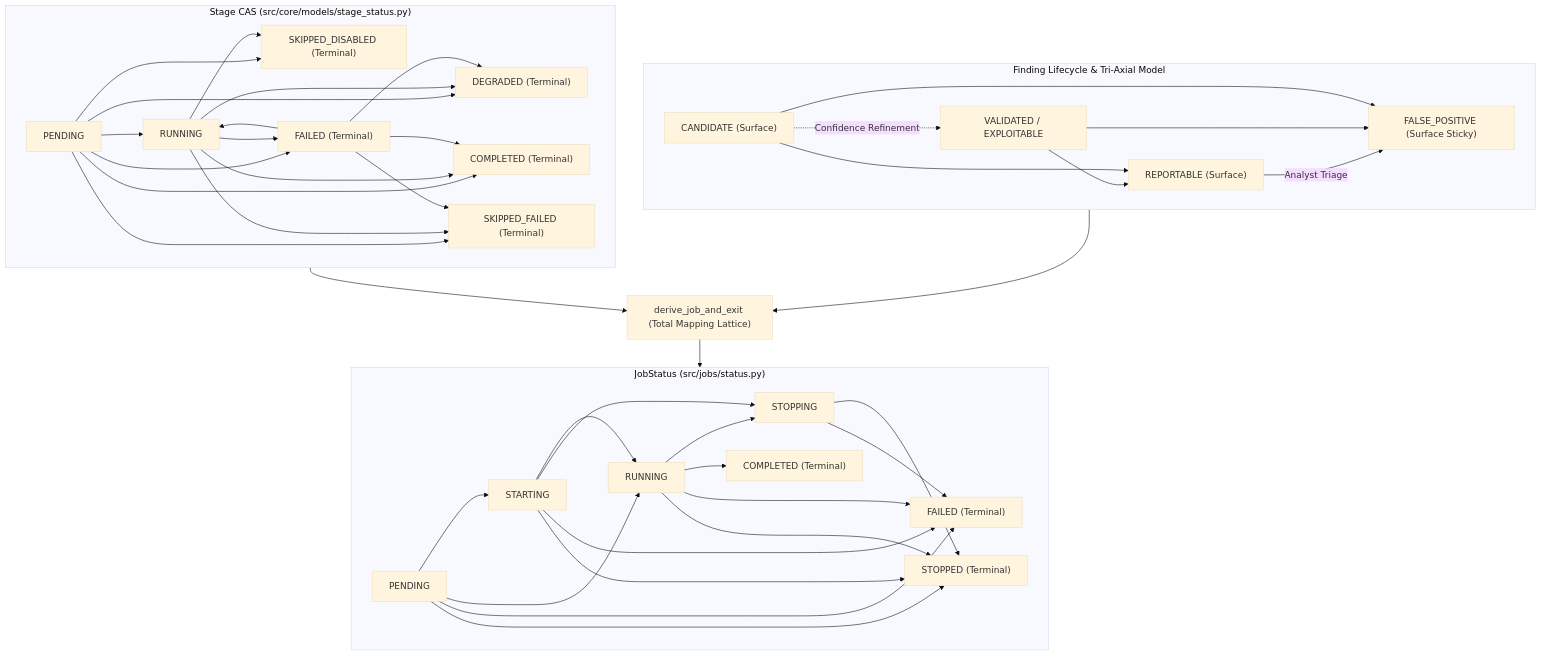
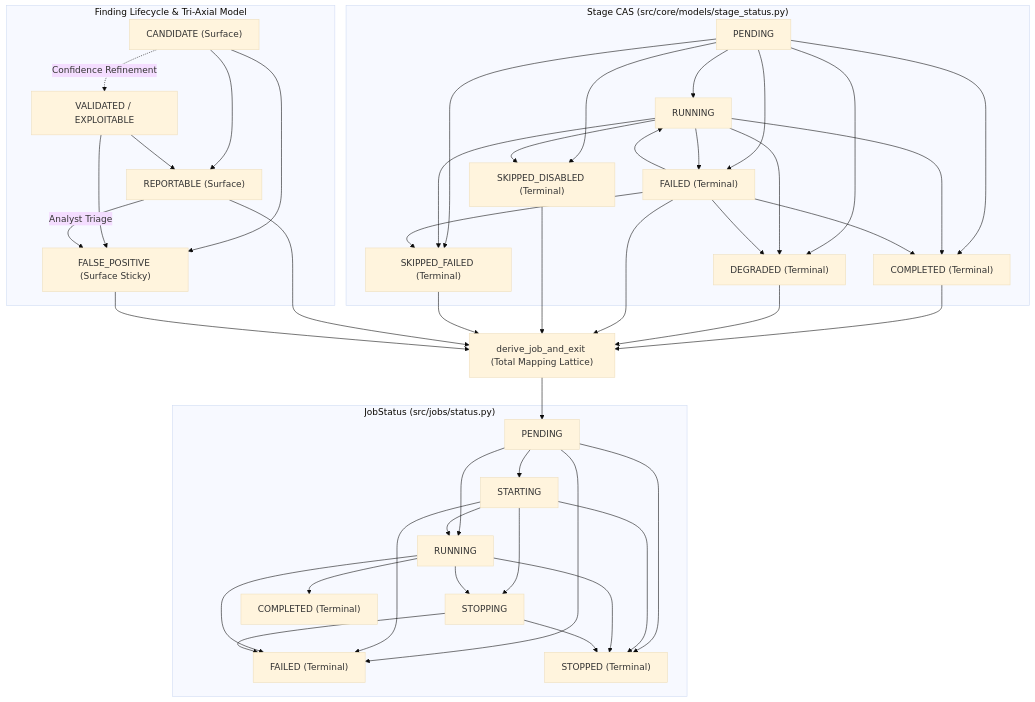
The sixth of 14 diagrams in docs/flowchart.md (AviralGup7/Singularity-Zero), drawn with Mermaid (base theme) before and after one commit. The commit also changed other lines of this file, not shown here.

````diff
--- a/docs/flowchart.md
+++ b/docs/flowchart.md
@@ -366,46 +369,47 @@
 ```mermaid
 flowchart TD
     subgraph Job["JobStatus (src/jobs/status.py)"]
         JP["PENDING"]:::impl --> JS["STARTING"]:::impl
         JP --> JR["RUNNING"]:::impl
         JP --> JF["FAILED (Terminal)"]:::impl
         JP --> JD["STOPPED (Terminal)"]:::impl
         JS --> JR
         JS --> JX["STOPPING"]:::impl
         JS --> JF
         JS --> JD
         JR --> JX
         JR --> JC["COMPLETED (Terminal)"]:::impl
         JR --> JF
         JR --> JD
         JX --> JD
         JX --> JF
     end
     subgraph Stage["Stage CAS (src/core/models/stage_status.py)"]
         SP["PENDING"]:::impl --> SR["RUNNING"]:::impl
         SP --> SSD["SKIPPED_DISABLED (Terminal)"]:::impl
         SP --> SDG["DEGRADED (Terminal)"]:::impl
         SP --> SC["COMPLETED (Terminal)"]:::impl
         SP --> SF["FAILED (Terminal)"]:::impl
         SP --> SSF["SKIPPED_FAILED (Terminal)"]:::impl
         SR --> SC
         SR --> SDG
         SR --> SF
         SR --> SSD
         SR --> SSF
         SF --> SR
         SF --> SC
         SF --> SDG
         SF --> SSF
     end
     subgraph Finding["Finding Lifecycle & Tri-Axial Model"]
         FC["CANDIDATE (Surface)"]:::impl --> FR["REPORTABLE (Surface)"]:::impl
         FC --> FF["FALSE_POSITIVE (Surface Sticky)"]:::impl
         FC -.->|"Confidence Refinement"| FV["VALIDATED / EXPLOITABLE"]:::impl
         FV --> FR
         FV --> FF
         FR -->|"Analyst Triage"| FF
     end
-    Stage & Finding --> Coupling["derive_job_and_exit (Total Mapping Lattice)"]:::impl
-    Coupling --> Job
+    SC & SDG & SF & SSD & SSF --> Coupling["derive_job_and_exit (Total Mapping Lattice)"]:::impl
+    FR & FF --> Coupling
+    Coupling --> JP
 ```
````
